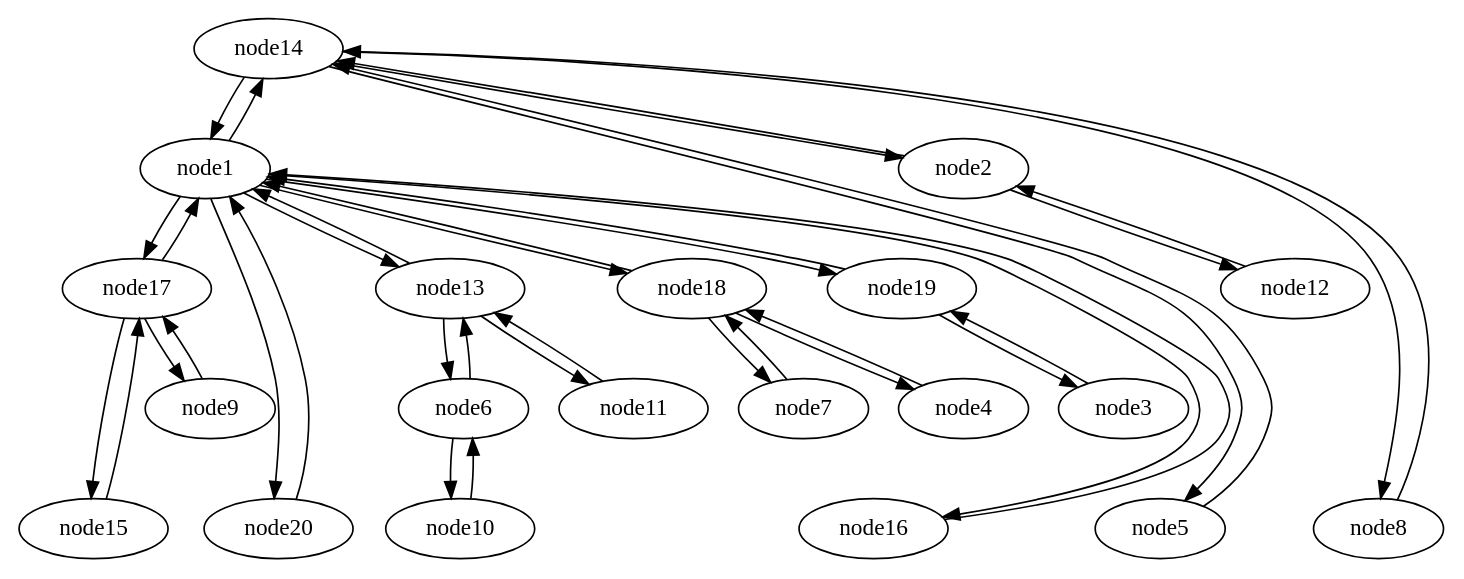
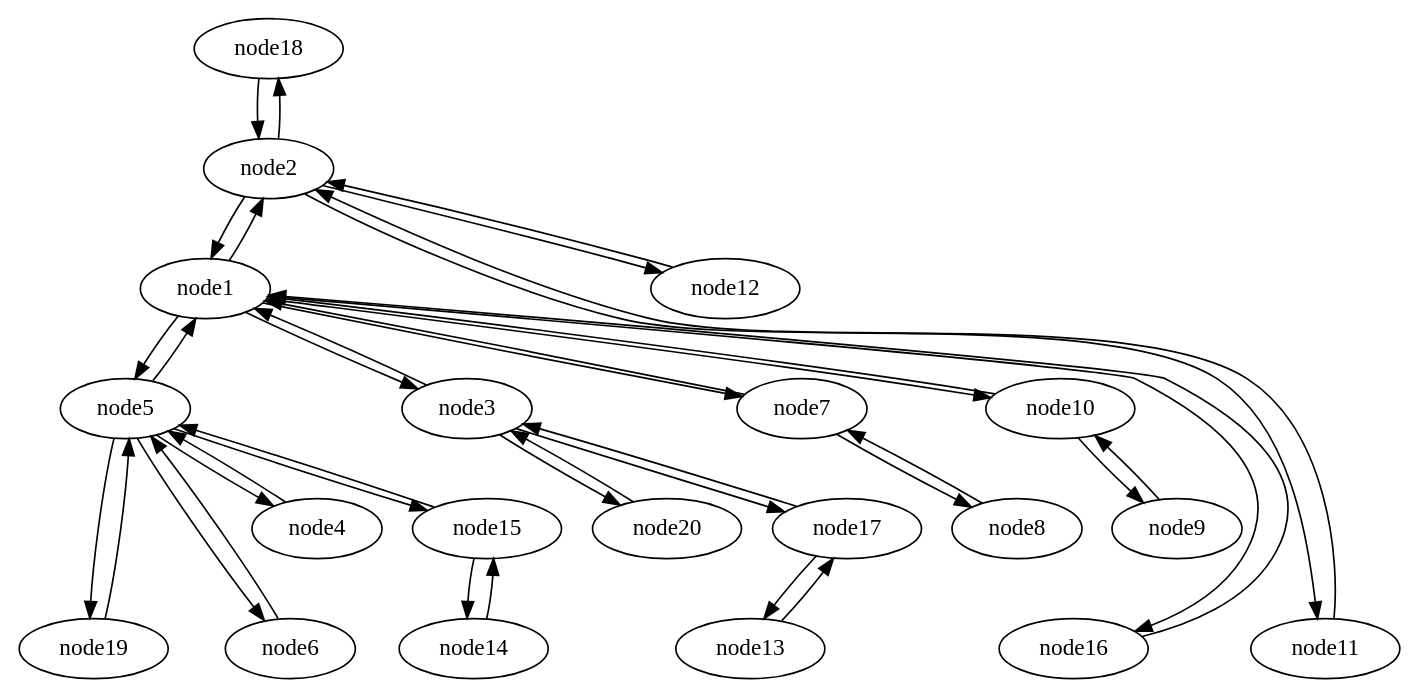
One commit to c12s/plumtree changed the diagram in graphs/tree_t1_before.gv. Above: the diagram before and after it, drawn with Graphviz. The commit also changed 15 other files, not shown here.

```diff
--- a/graphs/tree_t1_before.gv
+++ b/graphs/tree_t1_before.gv
@@ -1,120 +1,120 @@
 strict digraph {
 
 
-	"node14" [  weight=0 ];
+	"node18" [  weight=0 ];
 
-	"node14" -> "node1" [  weight=0 ];
+	"node18" -> "node2" [  weight=0 ];
 
-	"node14" -> "node5" [  weight=0 ];
+	"node19" [  weight=0 ];
 
-	"node14" -> "node2" [  weight=0 ];
-
-	"node14" -> "node8" [  weight=0 ];
-
-	"node15" [  weight=0 ];
-
-	"node15" -> "node17" [  weight=0 ];
+	"node19" -> "node5" [  weight=0 ];
 
 	"node20" [  weight=0 ];
 
-	"node20" -> "node1" [  weight=0 ];
+	"node20" -> "node3" [  weight=0 ];
+
+	"node8" [  weight=0 ];
+
+	"node8" -> "node7" [  weight=0 ];
+
+	"node6" [  weight=0 ];
+
+	"node6" -> "node5" [  weight=0 ];
 
 	"node10" [  weight=0 ];
 
-	"node10" -> "node6" [  weight=0 ];
+	"node10" -> "node9" [  weight=0 ];
 
-	"node11" [  weight=0 ];
-
-	"node11" -> "node13" [  weight=0 ];
-
-	"node17" [  weight=0 ];
-
-	"node17" -> "node9" [  weight=0 ];
-
-	"node17" -> "node1" [  weight=0 ];
-
-	"node17" -> "node15" [  weight=0 ];
-
-	"node6" [  weight=0 ];
-
-	"node6" -> "node10" [  weight=0 ];
-
-	"node6" -> "node13" [  weight=0 ];
-
-	"node1" [  weight=0 ];
-
-	"node1" -> "node17" [  weight=0 ];
-
-	"node1" -> "node18" [  weight=0 ];
-
-	"node1" -> "node19" [  weight=0 ];
-
-	"node1" -> "node20" [  weight=0 ];
-
-	"node1" -> "node13" [  weight=0 ];
-
-	"node1" -> "node14" [  weight=0 ];
-
-	"node1" -> "node16" [  weight=0 ];
-
-	"node3" [  weight=0 ];
-
-	"node3" -> "node19" [  weight=0 ];
-
-	"node5" [  weight=0 ];
-
-	"node5" -> "node14" [  weight=0 ];
+	"node10" -> "node1" [  weight=0 ];
 
 	"node16" [  weight=0 ];
 
 	"node16" -> "node1" [  weight=0 ];
 
-	"node18" [  weight=0 ];
+	"node4" [  weight=0 ];
 
-	"node18" -> "node1" [  weight=0 ];
+	"node4" -> "node5" [  weight=0 ];
 
-	"node18" -> "node7" [  weight=0 ];
+	"node1" [  weight=0 ];
 
-	"node18" -> "node4" [  weight=0 ];
+	"node1" -> "node7" [  weight=0 ];
+
+	"node1" -> "node10" [  weight=0 ];
+
+	"node1" -> "node16" [  weight=0 ];
+
+	"node1" -> "node2" [  weight=0 ];
+
+	"node1" -> "node3" [  weight=0 ];
+
+	"node1" -> "node5" [  weight=0 ];
+
+	"node13" [  weight=0 ];
+
+	"node13" -> "node17" [  weight=0 ];
+
+	"node17" [  weight=0 ];
+
+	"node17" -> "node3" [  weight=0 ];
+
+	"node17" -> "node13" [  weight=0 ];
+
+	"node9" [  weight=0 ];
+
+	"node9" -> "node10" [  weight=0 ];
+
+	"node14" [  weight=0 ];
+
+	"node14" -> "node15" [  weight=0 ];
 
 	"node2" [  weight=0 ];
 
+	"node2" -> "node1" [  weight=0 ];
+
+	"node2" -> "node11" [  weight=0 ];
+
 	"node2" -> "node12" [  weight=0 ];
 
-	"node2" -> "node14" [  weight=0 ];
+	"node2" -> "node18" [  weight=0 ];
 
-	"node19" [  weight=0 ];
+	"node15" [  weight=0 ];
 
-	"node19" -> "node3" [  weight=0 ];
+	"node15" -> "node14" [  weight=0 ];
 
-	"node19" -> "node1" [  weight=0 ];
-
-	"node8" [  weight=0 ];
-
-	"node8" -> "node14" [  weight=0 ];
-
-	"node9" [  weight=0 ];
-
-	"node9" -> "node17" [  weight=0 ];
-
-	"node4" [  weight=0 ];
-
-	"node4" -> "node18" [  weight=0 ];
+	"node15" -> "node5" [  weight=0 ];
 
 	"node7" [  weight=0 ];
 
-	"node7" -> "node18" [  weight=0 ];
+	"node7" -> "node1" [  weight=0 ];
 
-	"node13" [  weight=0 ];
-
-	"node13" -> "node11" [  weight=0 ];
-
-	"node13" -> "node6" [  weight=0 ];
-
-	"node13" -> "node1" [  weight=0 ];
+	"node7" -> "node8" [  weight=0 ];
 
 	"node12" [  weight=0 ];
 
 	"node12" -> "node2" [  weight=0 ];
 
+	"node5" [  weight=0 ];
+
+	"node5" -> "node4" [  weight=0 ];
+
+	"node5" -> "node1" [  weight=0 ];
+
+	"node5" -> "node6" [  weight=0 ];
+
+	"node5" -> "node15" [  weight=0 ];
+
+	"node5" -> "node19" [  weight=0 ];
+
+	"node11" [  weight=0 ];
+
+	"node11" -> "node2" [  weight=0 ];
+
+	"node3" [  weight=0 ];
+
+	"node3" -> "node17" [  weight=0 ];
+
+	"node3" -> "node20" [  weight=0 ];
+
+	"node3" -> "node1" [  weight=0 ];
+
 }
```
